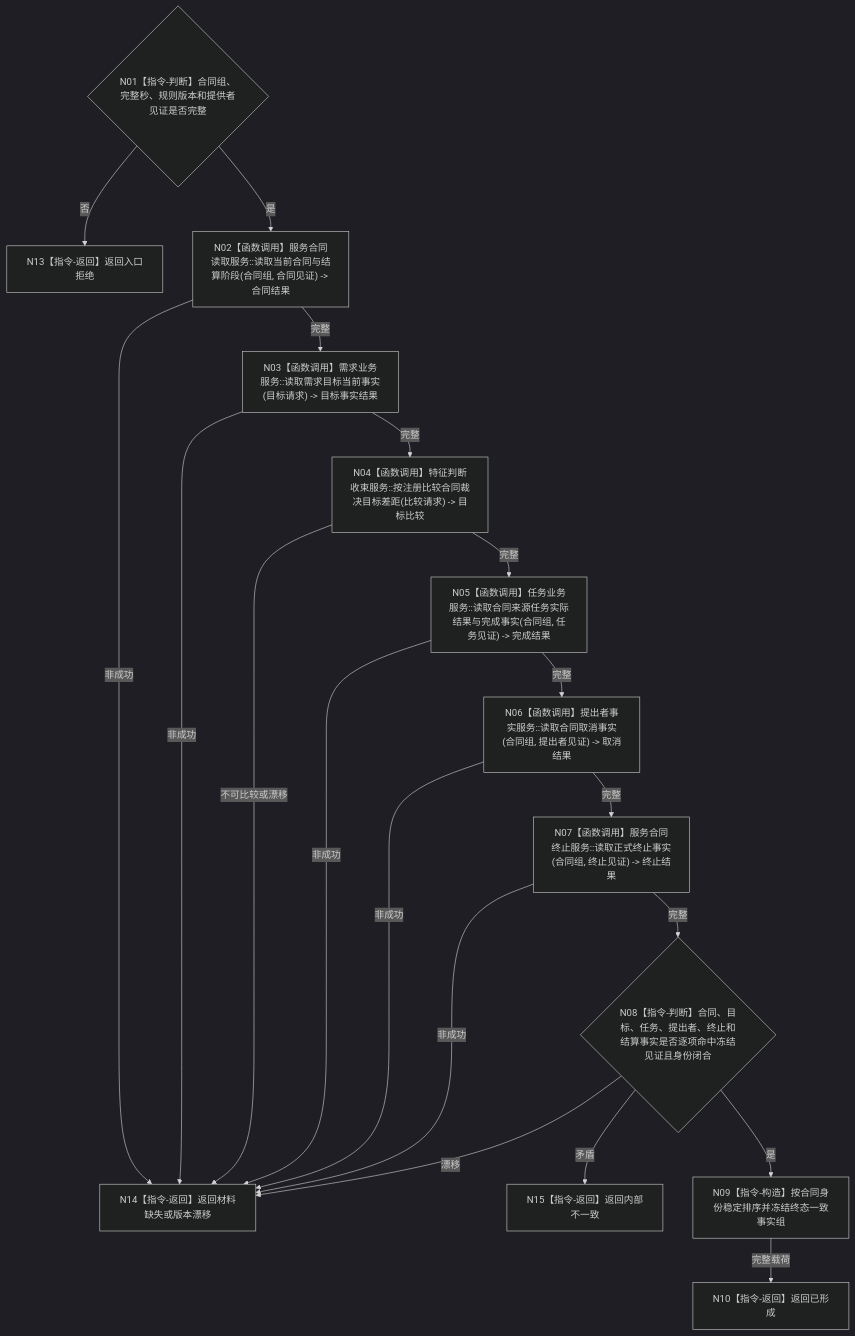
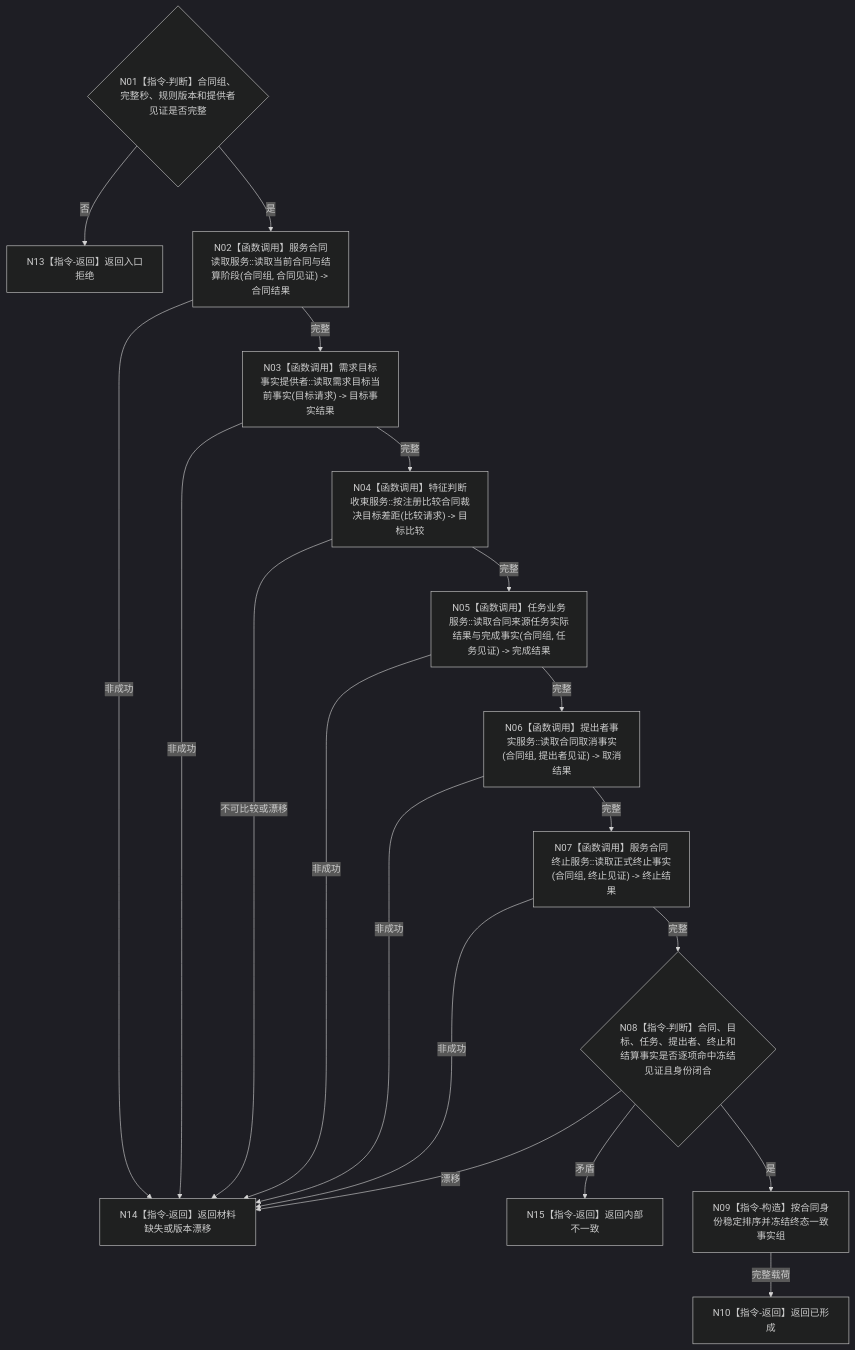
One commit to chunhaizh-cyber/HY-Ego changed the diagram in 流程图/目标业务流程图/L4/BIZ-L4-003-02-01-01_读取合同终态一致事实_目标函数流程图_v0.1.md. Above: the diagram before and after it, drawn with Mermaid (dark theme). The commit also changed 10 other files, not shown here.

````diff
--- a/流程图/目标业务流程图/L4/BIZ-L4-003-02-01-01_读取合同终态一致事实_目标函数流程图_v0.1.md
+++ b/流程图/目标业务流程图/L4/BIZ-L4-003-02-01-01_读取合同终态一致事实_目标函数流程图_v0.1.md
@@ -31,21 +31,21 @@
 ```mermaid
 flowchart TD
     N01{"N01【指令-判断】合同组、完整秒、规则版本和提供者见证是否完整"} -->|否| N13["N13【指令-返回】返回入口拒绝"]
     N01 -->|是| N02["N02【函数调用】服务合同读取服务::读取当前合同与结算阶段(合同组, 合同见证) -> 合同结果"]
     N02 -->|非成功| N14["N14【指令-返回】返回材料缺失或版本漂移"]
-    N02 -->|完整| N03["N03【函数调用】需求业务服务::读取需求目标当前事实(目标请求) -> 目标事实结果"]
+    N02 -->|完整| N03["N03【函数调用】需求目标事实提供者::读取需求目标当前事实(目标请求) -> 目标事实结果"]
     N03 -->|非成功| N14
     N03 -->|完整| N04["N04【函数调用】特征判断收束服务::按注册比较合同裁决目标差距(比较请求) -> 目标比较"]
     N04 -->|不可比较或漂移| N14
     N04 -->|完整| N05["N05【函数调用】任务业务服务::读取合同来源任务实际结果与完成事实(合同组, 任务见证) -> 完成结果"]
     N05 -->|非成功| N14
     N05 -->|完整| N06["N06【函数调用】提出者事实服务::读取合同取消事实(合同组, 提出者见证) -> 取消结果"]
     N06 -->|非成功| N14
     N06 -->|完整| N07["N07【函数调用】服务合同终止服务::读取正式终止事实(合同组, 终止见证) -> 终止结果"]
     N07 -->|非成功| N14
     N07 -->|完整| N08{"N08【指令-判断】合同、目标、任务、提出者、终止和结算事实是否逐项命中冻结见证且身份闭合"}
     N08 -->|漂移| N14
     N08 -->|矛盾| N15["N15【指令-返回】返回内部不一致"]
     N08 -->|是| N09["N09【指令-构造】按合同身份稳定排序并冻结终态一致事实组"]
     N09 -->|完整载荷| N10["N10【指令-返回】返回已形成"]
 ```
````
